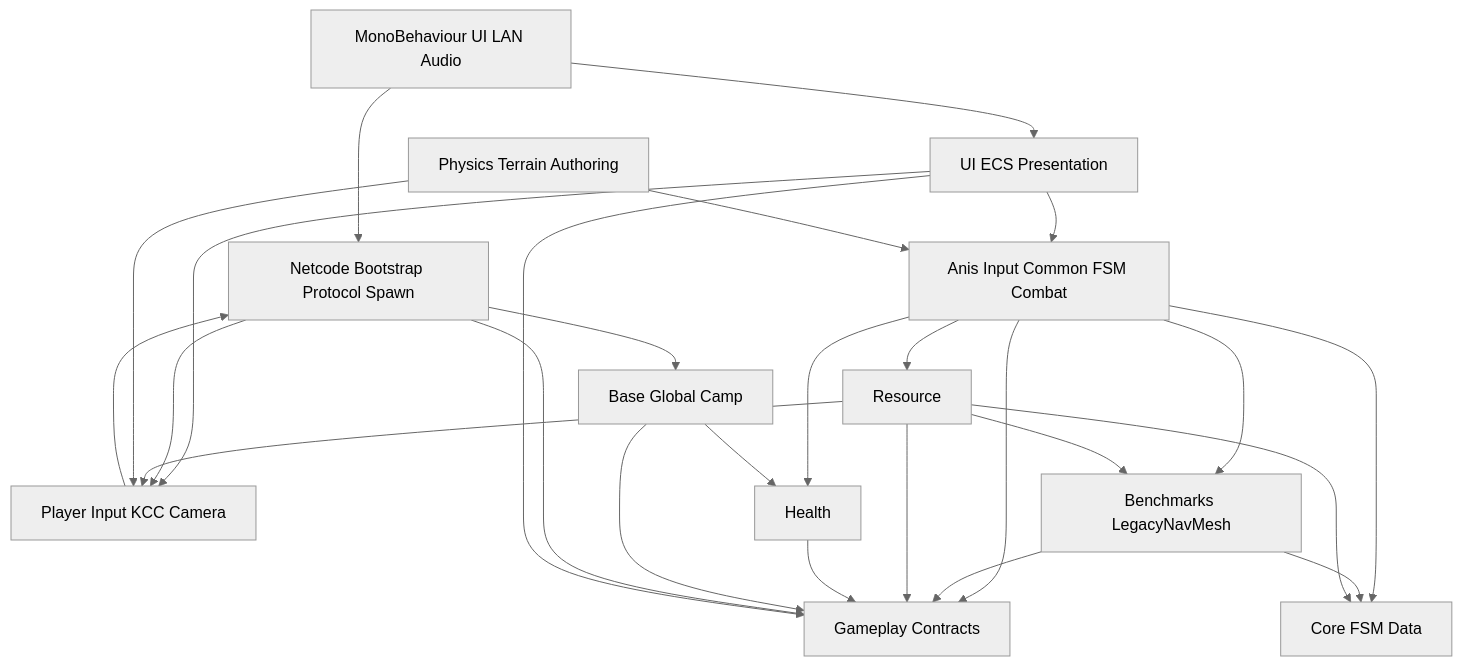
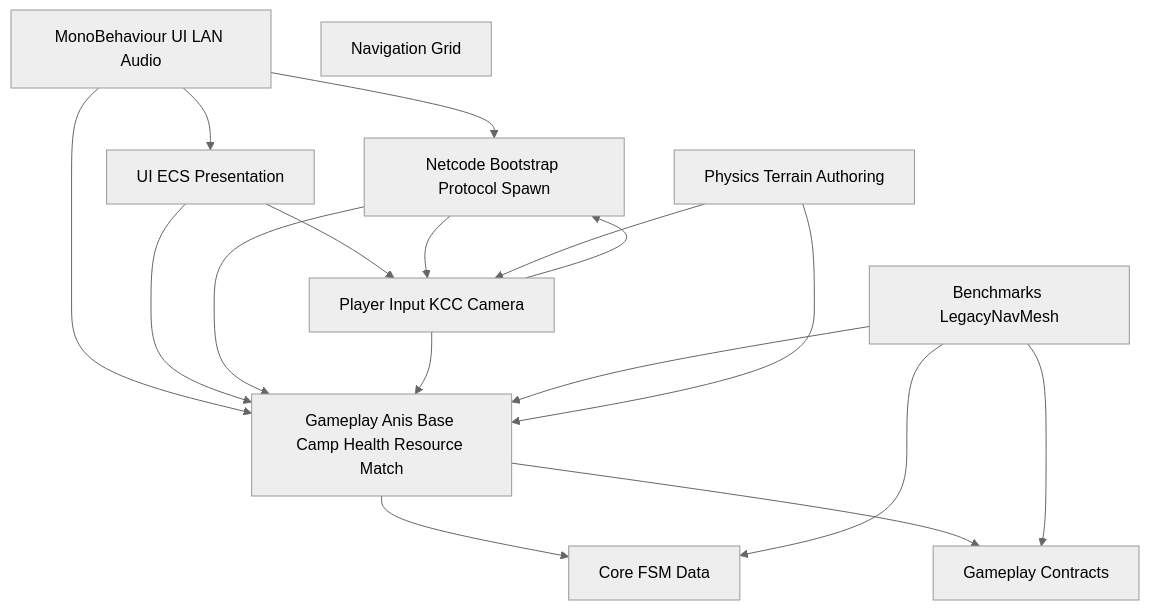
The diagram in docs/Architecture/01_ModuleMap.md (mcaswen/AnimarsCatcher), drawn with Mermaid (neutral theme) before and after one commit. The commit also changed other lines of this file and 155 other files, not shown here.

````diff
--- a/docs/Architecture/01_ModuleMap.md
+++ b/docs/Architecture/01_ModuleMap.md
@@ -61,41 +62,30 @@
 ```mermaid
 flowchart TD
     Mono[MonoBehaviour UI LAN Audio]
     UI[UI ECS Presentation]
     Net[Netcode Bootstrap Protocol Spawn]
     Player[Player Input KCC Camera]
-    Ani[Anis Input Common FSM Combat]
+    Gameplay[Gameplay Anis Base Camp Health Resource Match]
+    Navigation[Navigation Grid]
     Legacy[Benchmarks LegacyNavMesh]
-    Resource[Resource]
-    Health[Health]
-    Base[Base Global Camp]
     Physics[Physics Terrain Authoring]
     Core[Core FSM Data]
     Contracts[Gameplay Contracts]
 
     Mono --> Net
     Mono --> UI
+    Mono --> Gameplay
     UI --> Player
-    UI --> Ani
+    UI --> Gameplay
     Net --> Player
-    Net --> Base
+    Net --> Gameplay
     Player --> Net
-    Ani --> Legacy
-    Ani --> Health
-    Ani --> Resource
-    Resource --> Legacy
-    Resource --> Player
-    Base --> Health
-    Physics --> Ani
-    Physics --> Player
-    Ani --> Core
-    Ani --> Contracts
+    Player --> Gameplay
+    Gameplay --> Core
+    Gameplay --> Contracts
+    Legacy --> Gameplay
     Legacy --> Core
     Legacy --> Contracts
-    Resource --> Core
-    Resource --> Contracts
-    Health --> Contracts
-    Base --> Contracts
-    Net --> Contracts
-    UI --> Contracts
+    Physics --> Gameplay
+    Physics --> Player
 ```
````
